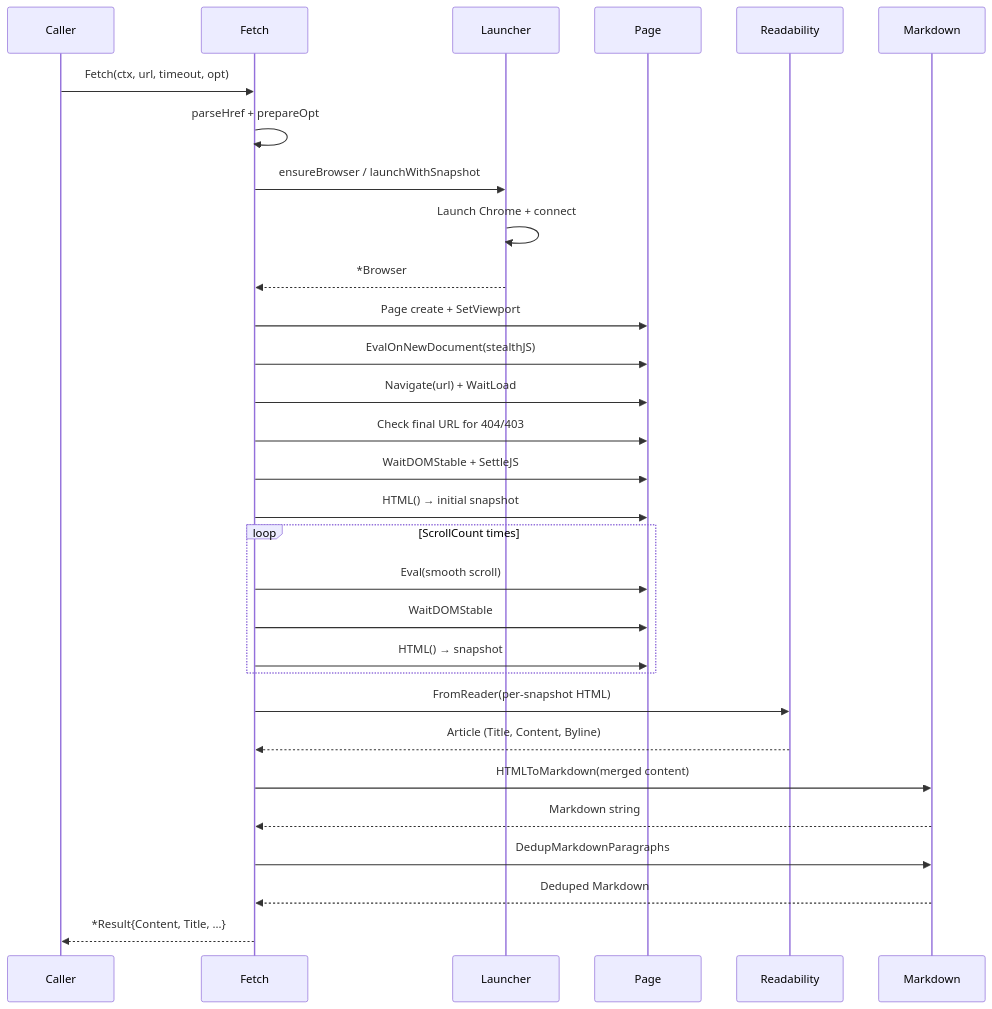
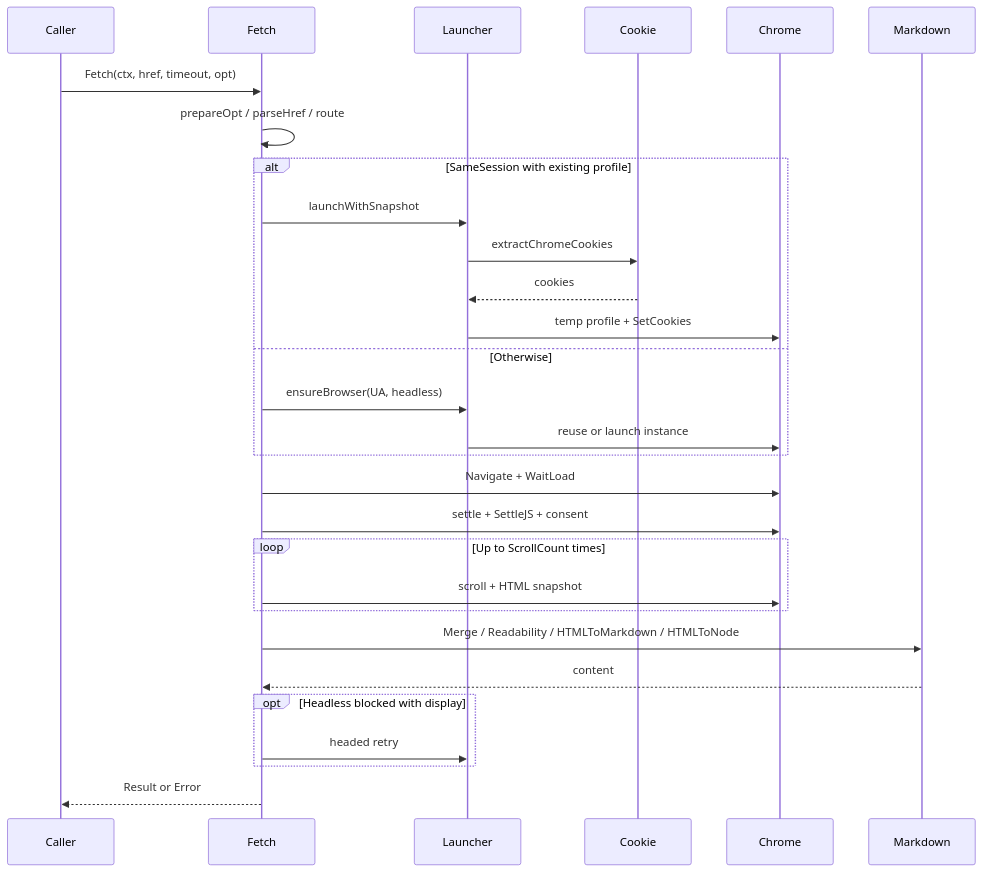
Before and after one commit to pardnchiu/go-browser: the seventh of 8 diagrams in doc/architecture.md, drawn with Mermaid. The commit also changed other lines of this file and 5 other files, not shown here.

````diff
--- a/doc/architecture.md
+++ b/doc/architecture.md
@@ -165,33 +153,31 @@
 ```mermaid
 sequenceDiagram
     participant Caller
     participant Fetch
     participant Launcher
-    participant Page
-    participant Readability
+    participant Cookie
+    participant Chrome
     participant Markdown
-
-    Caller->>Fetch: Fetch(ctx, url, timeout, opt)
-    Fetch->>Fetch: parseHref + prepareOpt
-    Fetch->>Launcher: ensureBrowser / launchWithSnapshot
-    Launcher->>Launcher: Launch Chrome + connect
-    Launcher-->>Fetch: *Browser
-    Fetch->>Page: Page create + SetViewport
-    Fetch->>Page: EvalOnNewDocument(stealthJS)
-    Fetch->>Page: Navigate(url) + WaitLoad
-    Fetch->>Page: Check final URL for 404/403
-    Fetch->>Page: WaitDOMStable + SettleJS
-    Fetch->>Page: HTML() → initial snapshot
-    loop ScrollCount times
-        Fetch->>Page: Eval(smooth scroll)
-        Fetch->>Page: WaitDOMStable
-        Fetch->>Page: HTML() → snapshot
+    Caller->>Fetch: Fetch(ctx, href, timeout, opt)
+    Fetch->>Fetch: prepareOpt / parseHref / route
+    alt SameSession with existing profile
+        Fetch->>Launcher: launchWithSnapshot
+        Launcher->>Cookie: extractChromeCookies
+        Cookie-->>Launcher: cookies
+        Launcher->>Chrome: temp profile + SetCookies
+    else Otherwise
+        Fetch->>Launcher: ensureBrowser(UA, headless)
+        Launcher->>Chrome: reuse or launch instance
     end
-    Fetch->>Readability: FromReader(per-snapshot HTML)
-    Readability-->>Fetch: Article (Title, Content, Byline)
-    Fetch->>Markdown: HTMLToMarkdown(merged content)
-    Markdown-->>Fetch: Markdown string
-    Fetch->>Markdown: DedupMarkdownParagraphs
-    Markdown-->>Fetch: Deduped Markdown
-    Fetch-->>Caller: *Result{Content, Title, ...}
+    Fetch->>Chrome: Navigate + WaitLoad
+    Fetch->>Chrome: settle + SettleJS + consent
+    loop Up to ScrollCount times
+        Fetch->>Chrome: scroll + HTML snapshot
+    end
+    Fetch->>Markdown: Merge / Readability / HTMLToMarkdown / HTMLToNode
+    Markdown-->>Fetch: content
+    opt Headless blocked with display
+        Fetch->>Launcher: headed retry
+    end
+    Fetch-->>Caller: Result or Error
 ```
````
